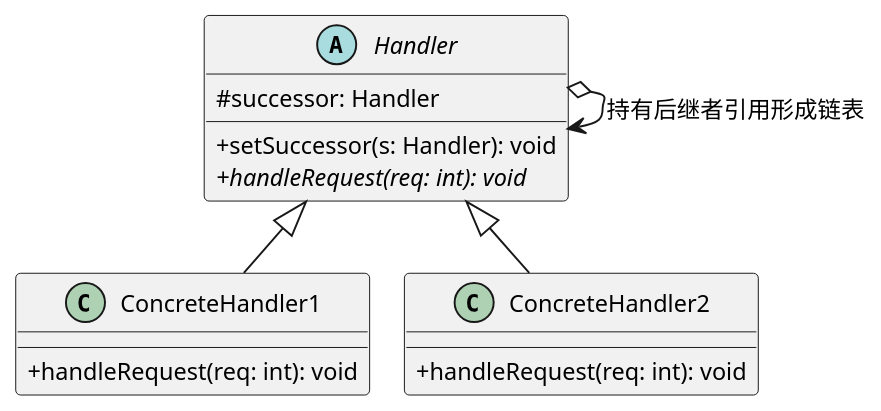
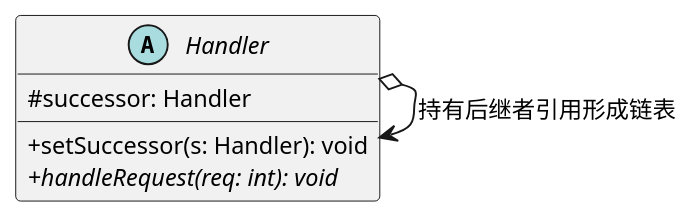
Diagram 17 of 20 in 02-visual-diagrams/03-设计模式核心图谱与真题命题密码.md (cpsa3/software-designer-fast-pass), drawn with PlantUML before and after one commit. The commit also changed other lines of this file, not shown here.

````diff
--- a/02-visual-diagrams/03-设计模式核心图谱与真题命题密码.md
+++ b/02-visual-diagrams/03-设计模式核心图谱与真题命题密码.md
@@ -1255,24 +779,16 @@
 ```plantuml
 @startuml
 !pragma layout smetana
 skinparam dpi 125
 skinparam defaultFontSize 12
 skinparam classAttributeIconSize 0
 
 abstract class Handler {
     # successor: Handler
     + setSuccessor(s: Handler): void
     + {abstract} handleRequest(req: int): void
 }
 
-class ConcreteHandler1 extends Handler {
-    + handleRequest(req: int): void
-}
-
-class ConcreteHandler2 extends Handler {
-    + handleRequest(req: int): void
-}
-
 Handler o-> Handler : 持有后继者引用形成链表
 @enduml
 ```
````
